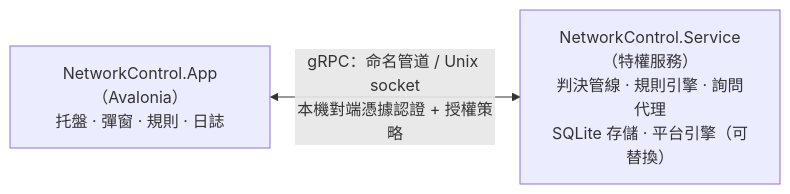
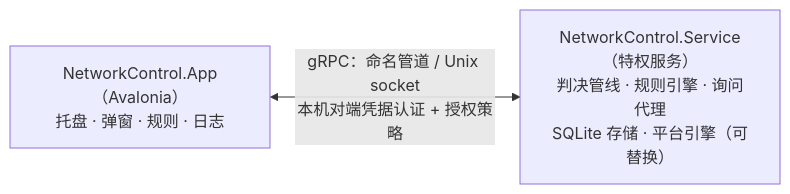
The diagram in README.md (Barryyue/PocketGate), drawn with Mermaid before and after one commit. The commit also changed other lines of this file and 2 other files, not shown here.

````diff
--- a/README.md
+++ b/README.md
@@ -108,6 +108,6 @@
 ```mermaid
 flowchart LR
-  App["NetworkControl.App（Avalonia）<br/>托盤 · 彈窗 · 規則 · 日誌"]
-  Svc["NetworkControl.Service（特權服務）<br/>判決管線 · 規則引擎 · 詢問代理<br/>SQLite 存儲 · 平台引擎（可替換）"]
-  App <-->|"gRPC：命名管道 / Unix socket<br/>本機對端憑據認證 + 授權策略"| Svc
+  App["NetworkControl.App（Avalonia）<br/>托盘 · 弹窗 · 规则 · 日志"]
+  Svc["NetworkControl.Service（特权服务）<br/>判决管线 · 规则引擎 · 询问代理<br/>SQLite 存储 · 平台引擎（可替换）"]
+  App <-->|"gRPC：命名管道 / Unix socket<br/>本机对端凭据认证 + 授权策略"| Svc
 ```
````
